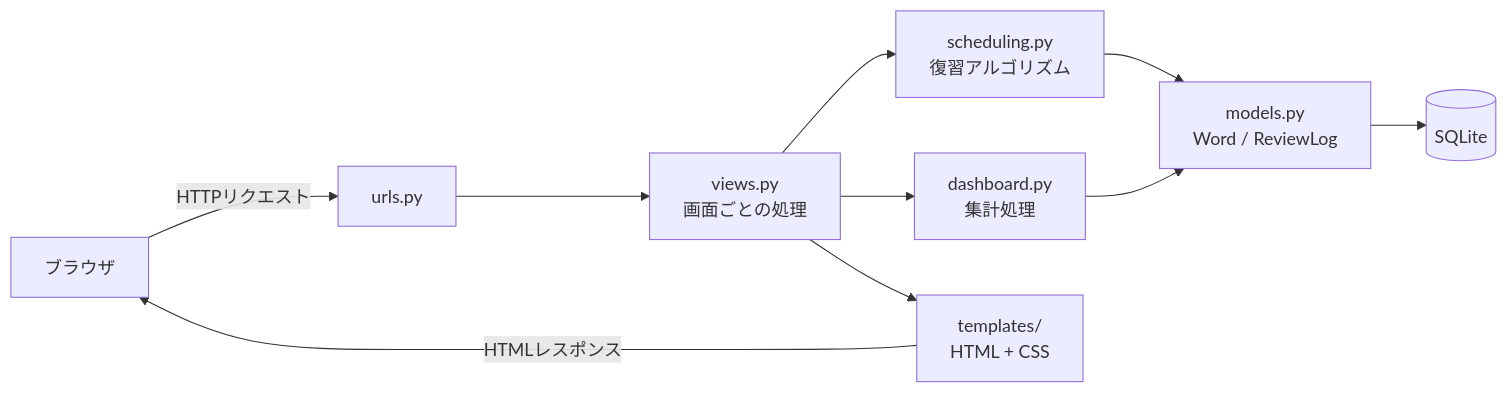
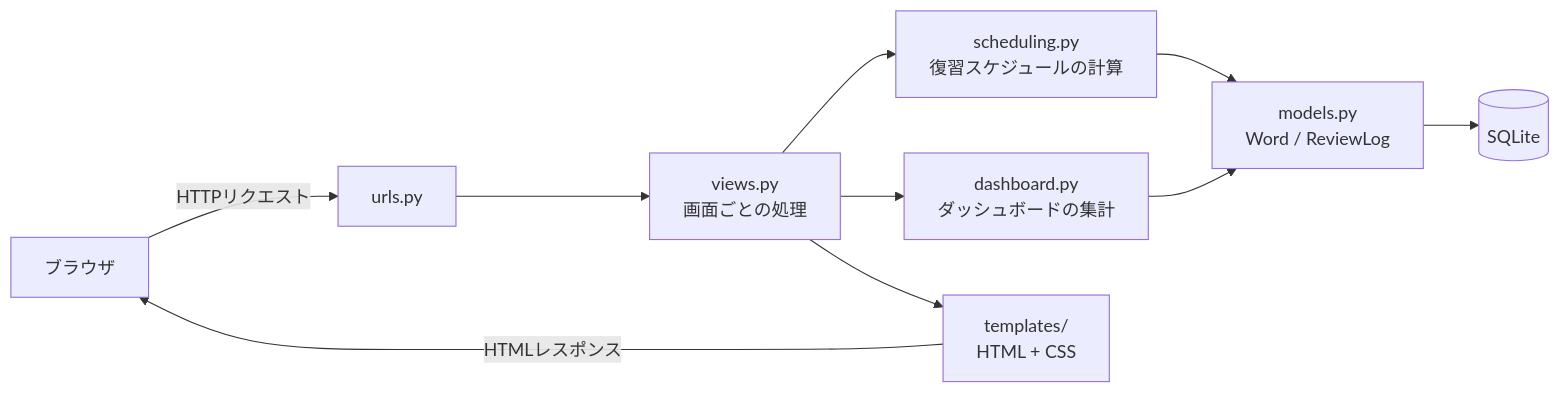
Before and after one commit to tenten-projects/toeic-review-app: the first of 3 diagrams in README.md, drawn with Mermaid. The commit also changed other lines of this file and 4 other files, not shown here.

````diff
--- a/README.md
+++ b/README.md
@@ -83,12 +116,12 @@
 ```mermaid
 flowchart LR
     Browser[ブラウザ] -->|HTTPリクエスト| URLs[urls.py]
     URLs --> Views[views.py<br>画面ごとの処理]
-    Views --> Scheduling[scheduling.py<br>復習アルゴリズム]
-    Views --> Dashboard[dashboard.py<br>集計処理]
+    Views --> Scheduling[scheduling.py<br>復習スケジュールの計算]
+    Views --> Dashboard[dashboard.py<br>ダッシュボードの集計]
     Scheduling --> Models[models.py<br>Word / ReviewLog]
     Dashboard --> Models
     Models --> DB[(SQLite)]
     Views --> Templates[templates/<br>HTML + CSS]
     Templates -->|HTMLレスポンス| Browser
 ```
````
